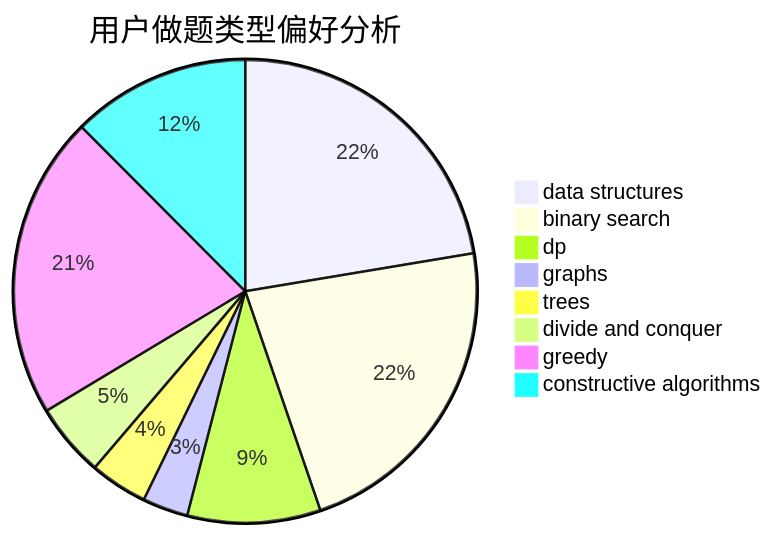
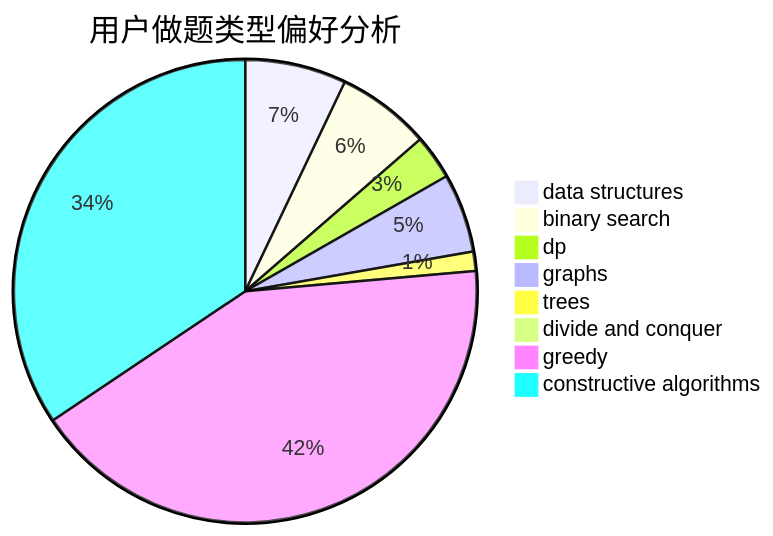
One commit to sherpahu/cfrs.github.io changed the second of 3 diagrams in docs/user/u2569.md. Above: the diagram before and after it, drawn with Mermaid. The commit also changed other lines of this file and 2770 other files, not shown here.

````diff
--- a/docs/user/u2569.md
+++ b/docs/user/u2569.md
@@ -23,11 +23,11 @@
 ```mermaid
 pie title 用户做题类型偏好分析
-    "data structures" :  183
-    "binary search" :  183
-    "dp" :  76
-    "graphs" :  26
-    "trees" :  33
-    "divide and conquer" :  42
-    "greedy" :  173
-    "constructive algorithms" :  102
+    "data structures" :  68
+    "binary search" :  63
+    "dp" :  30
+    "graphs" :  53
+    "trees" :  13
+    "divide and conquer" :  8
+    "greedy" :  404
+    "constructive algorithms" :  331
 ```
````
